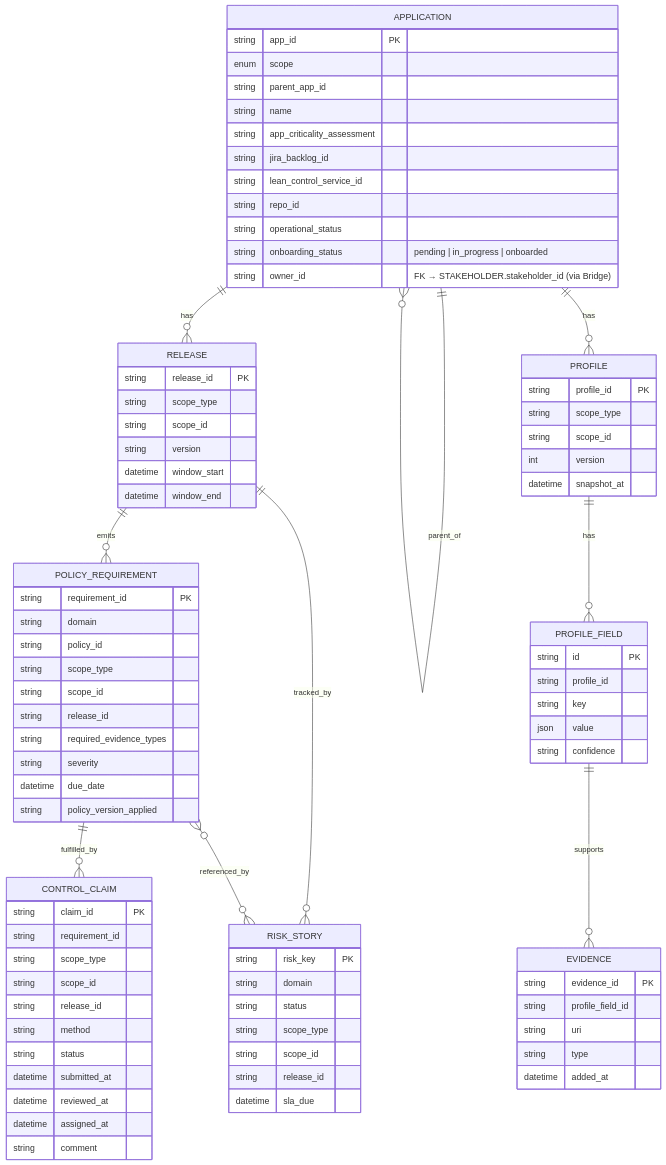
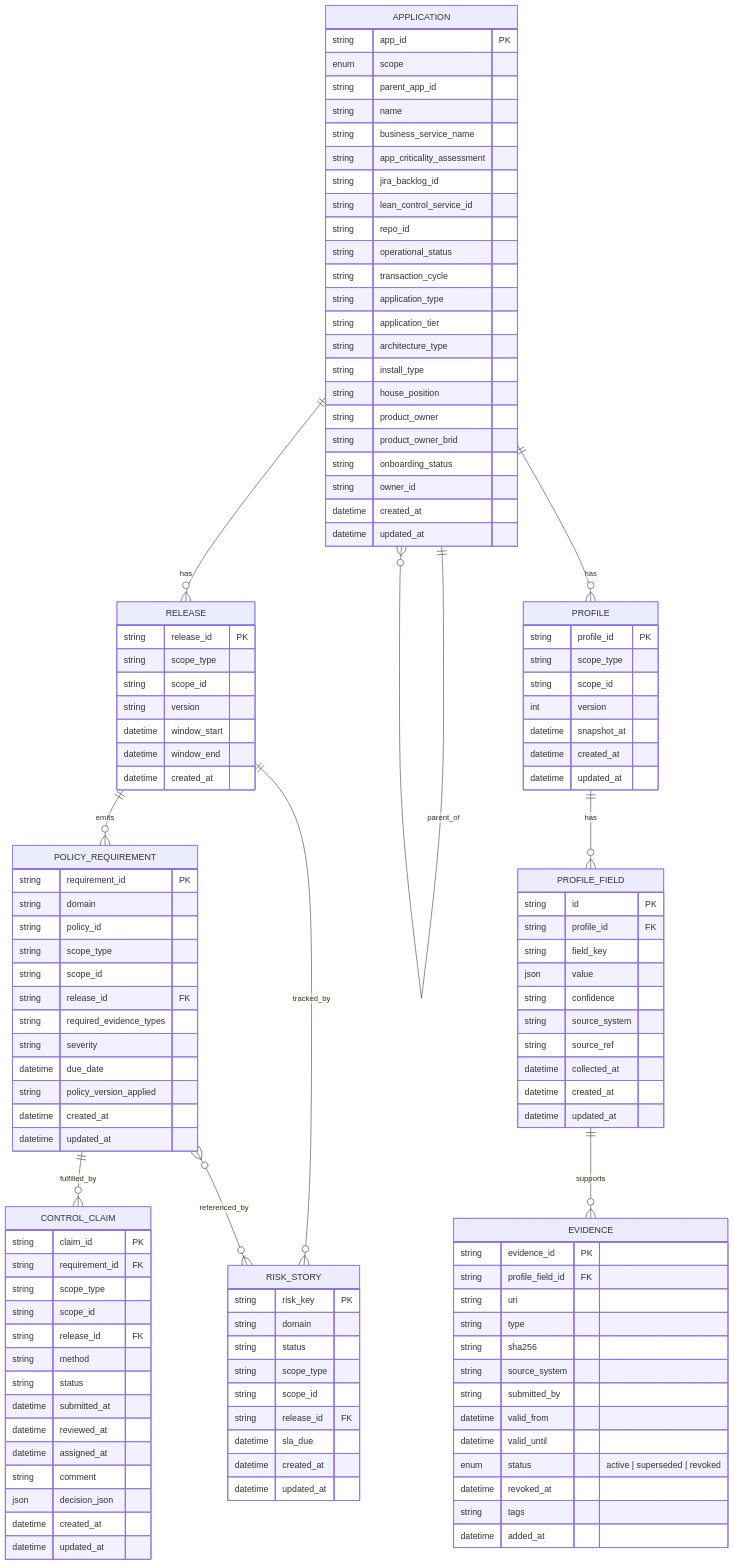
The diagram in docs/core_gcdm.mmd (kingfadzi/gateway), drawn with Mermaid before and after one commit.

```diff
--- a/docs/core_gcdm.mmd
+++ b/docs/core_gcdm.mmd
@@ -1,94 +1,128 @@
 erDiagram
-    APPLICATION {
-        string app_id PK
-        enum   scope
-        string parent_app_id
-        string name
-        string app_criticality_assessment
-        string jira_backlog_id
-        string lean_control_service_id
-        string repo_id
-        string operational_status
-        string onboarding_status   "pending | in_progress | onboarded"
-        string owner_id            "FK → STAKEHOLDER.stakeholder_id (via Bridge)"
-    }
+APPLICATION {
+string app_id PK
+enum scope
+string parent_app_id
+string name
+string business_service_name
+string app_criticality_assessment
+string jira_backlog_id
+string lean_control_service_id
+string repo_id
+string operational_status
+string transaction_cycle
+string application_type
+string application_tier
+string architecture_type
+string install_type
+string house_position
+string product_owner
+string product_owner_brid
+string onboarding_status
+string owner_id
+datetime created_at
+datetime updated_at
+}
 
-    RELEASE {
-        string release_id PK
-        string scope_type
-        string scope_id
-        string version
-        datetime window_start
-        datetime window_end
-    }
+RELEASE {
+string release_id PK
+string scope_type
+string scope_id
+string version
+datetime window_start
+datetime window_end
+datetime created_at
+}
 
-    PROFILE {
-        string profile_id PK
-        string scope_type
-        string scope_id
-        int    version
-        datetime snapshot_at
-    }
+PROFILE {
+string profile_id PK
+string scope_type
+string scope_id
+int version
+datetime snapshot_at
+datetime created_at
+datetime updated_at
+}
 
-    PROFILE_FIELD {
-        string id PK
-        string profile_id
-        string key
-        json   value
-        string confidence
-    }
+PROFILE_FIELD {
+string id PK
+string profile_id FK
+string field_key
+json value
+string confidence
+string source_system
+string source_ref
+datetime collected_at
+datetime created_at
+datetime updated_at
+}
 
-    EVIDENCE {
-        string evidence_id PK
-        string profile_field_id
-        string uri
-        string type
-        datetime added_at
-    }
+EVIDENCE {
+string evidence_id PK
+string profile_field_id FK
+string uri
+string type
+string sha256
+string source_system
+string submitted_by
+datetime valid_from
+datetime valid_until
+enum status "active | superseded | revoked"
+datetime revoked_at
+string tags
+datetime added_at
+}
 
-    POLICY_REQUIREMENT {
-        string requirement_id PK
-        string domain
-        string policy_id
-        string scope_type
-        string scope_id
-        string release_id
-        string required_evidence_types
-        string severity
-        datetime due_date
-        string  policy_version_applied
-    }
+POLICY_REQUIREMENT {
+string requirement_id PK
+string domain
+string policy_id
+string scope_type
+string scope_id
+string release_id FK
+string required_evidence_types
+string severity
+datetime due_date
+string policy_version_applied
+datetime created_at
+datetime updated_at
+}
 
-    CONTROL_CLAIM {
-        string claim_id PK
-        string requirement_id
-        string scope_type
-        string scope_id
-        string release_id
-        string method
-        string status
-        datetime submitted_at
-        datetime reviewed_at
-        datetime assigned_at
-        string comment
-    }
+CONTROL_CLAIM {
+string claim_id PK
+string requirement_id FK
+string scope_type
+string scope_id
+string release_id FK
+string method
+string status
+datetime submitted_at
+datetime reviewed_at
+datetime assigned_at
+string comment
+json decision_json
+datetime created_at
+datetime updated_at
+}
 
-    RISK_STORY {
-        string risk_key PK
-        string domain
-        string status
-        string scope_type
-        string scope_id
-        string release_id
-        datetime sla_due
-    }
+RISK_STORY {
+string risk_key PK
+string domain
+string status
+string scope_type
+string scope_id
+string release_id FK
+datetime sla_due
+datetime created_at
+datetime updated_at
+}
 
-    APPLICATION ||--o{ APPLICATION : parent_of
-    APPLICATION ||--o{ RELEASE     : has
-    APPLICATION ||--o{ PROFILE     : has
-    PROFILE     ||--o{ PROFILE_FIELD : has
-    PROFILE_FIELD ||--o{ EVIDENCE    : supports
-    RELEASE ||--o{ POLICY_REQUIREMENT : emits
-    POLICY_REQUIREMENT ||--o{ CONTROL_CLAIM : fulfilled_by
-    RELEASE ||--o{ RISK_STORY : tracked_by
-    POLICY_REQUIREMENT }o--o{ RISK_STORY : referenced_by
+APPLICATION ||--o{ APPLICATION : parent_of
+APPLICATION ||--o{ RELEASE : has
+APPLICATION ||--o{ PROFILE : has
+PROFILE ||--o{ PROFILE_FIELD : has
+PROFILE_FIELD ||--o{ EVIDENCE : supports
+RELEASE ||--o{ POLICY_REQUIREMENT : emits
+POLICY_REQUIREMENT ||--o{ CONTROL_CLAIM : fulfilled_by
+RELEASE ||--o{ RISK_STORY : tracked_by
+POLICY_REQUIREMENT }o--o{ RISK_STORY : referenced_by
```
